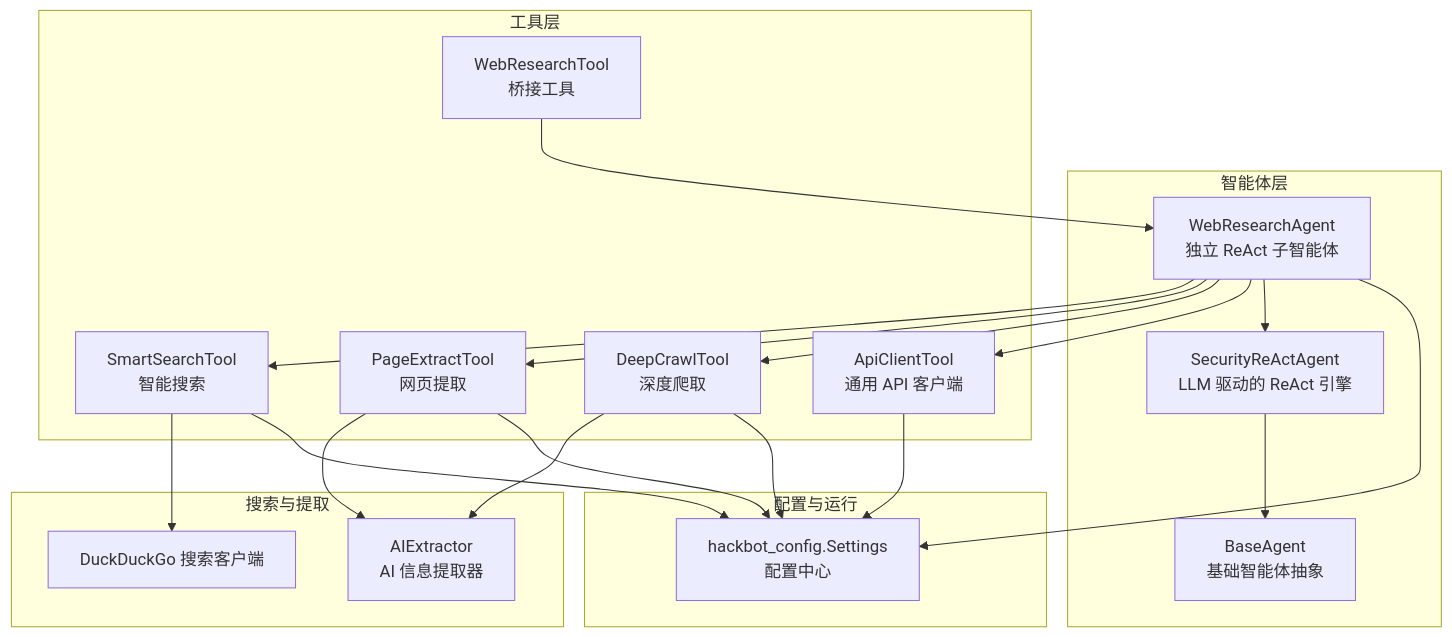
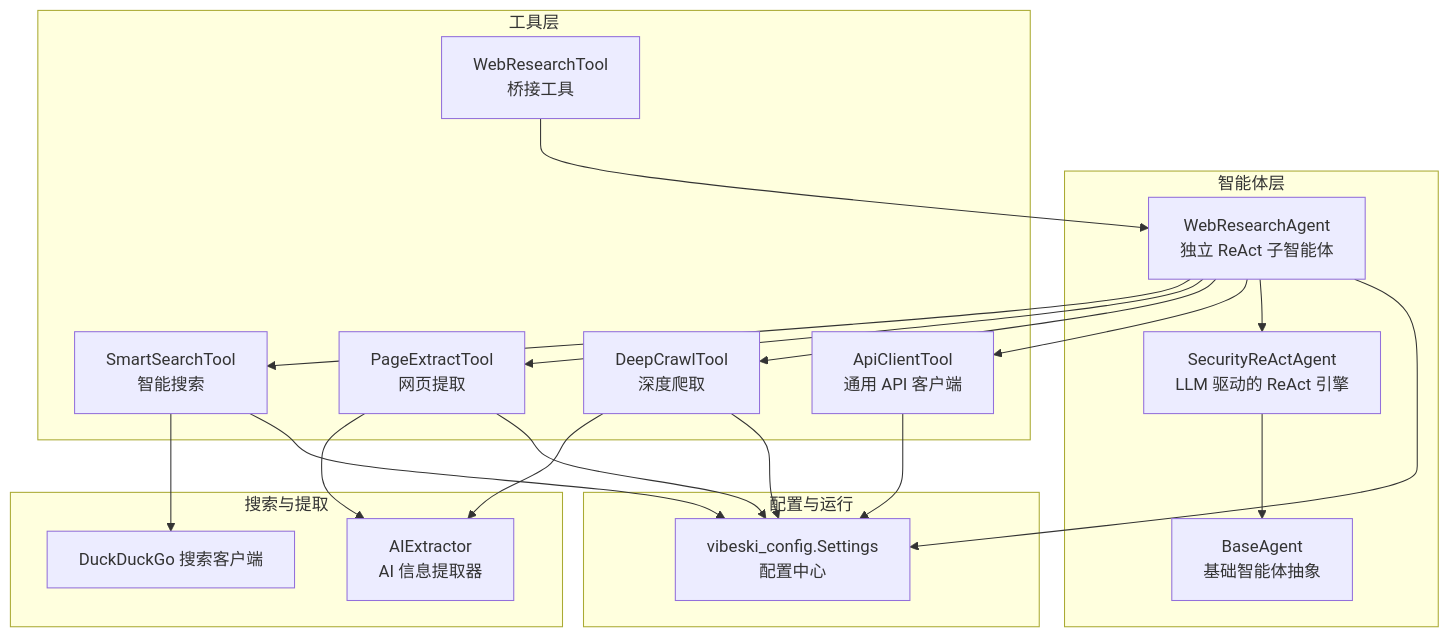
One commit to crabin/VIBESKI changed the first of 8 diagrams in .qoder/repowiki/zh/content/项目概述/核心功能特性/AI网络研究能力.md. Above: the diagram before and after it, drawn with Mermaid. The commit also changed other lines of this file and 170 other files, not shown here.

Commit message:
chore: rename all secbot/hackbot identifiers to vibeski

````diff
--- a/.qoder/repowiki/zh/content/项目概述/核心功能特性/AI网络研究能力.md
+++ b/.qoder/repowiki/zh/content/项目概述/核心功能特性/AI网络研究能力.md
@@ -39,37 +39,37 @@
 ```mermaid
 graph TB
 subgraph "智能体层"
 A["WebResearchAgent<br/>独立 ReAct 子智能体"]
 B["SecurityReActAgent<br/>LLM 驱动的 ReAct 引擎"]
 C["BaseAgent<br/>基础智能体抽象"]
 end
 subgraph "工具层"
 D["SmartSearchTool<br/>智能搜索"]
 E["PageExtractTool<br/>网页提取"]
 F["DeepCrawlTool<br/>深度爬取"]
 G["ApiClientTool<br/>通用 API 客户端"]
 H["WebResearchTool<br/>桥接工具"]
 end
 subgraph "搜索与提取"
 I["DuckDuckGo 搜索客户端"]
 J["AIExtractor<br/>AI 信息提取器"]
 end
 subgraph "配置与运行"
-K["hackbot_config.Settings<br/>配置中心"]
+K["vibeski_config.Settings<br/>配置中心"]
 end
 A --> D
 A --> E
 A --> F
 A --> G
 H --> A
 D --> I
 E --> J
 F --> J
 A --> B
 B --> C
 A --> K
 D --> K
 E --> K
 F --> K
 G --> K
 ```
````
